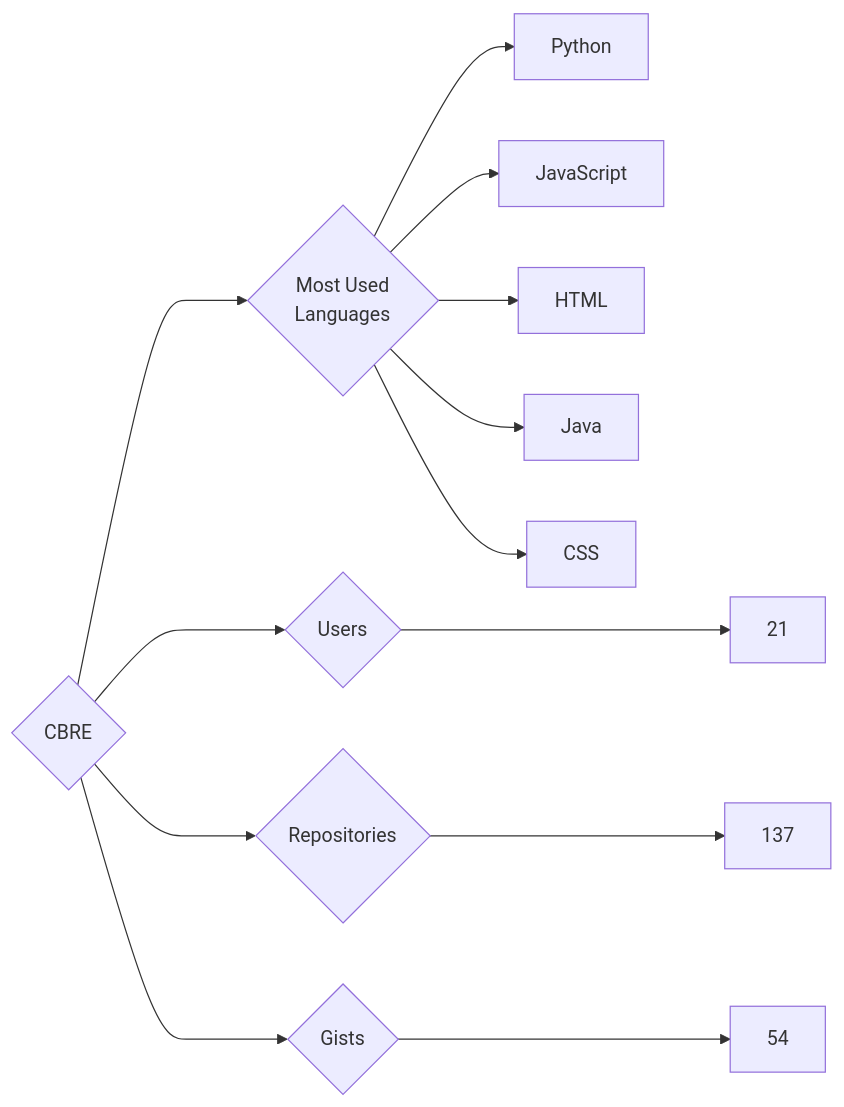
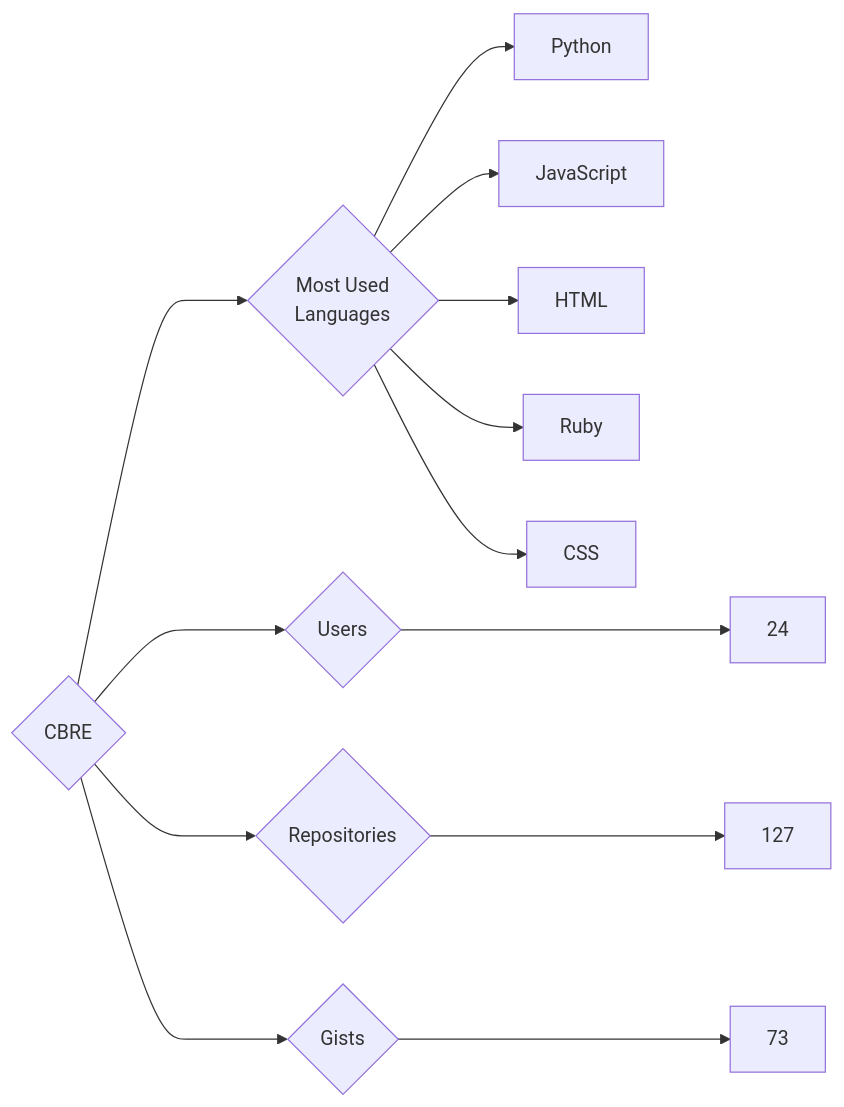
Before and after one commit to trickest/insiders: the diagram in targets/CBRE/README.md, drawn with Mermaid. The commit also changed 934 other files, not shown here.

````diff
--- a/targets/CBRE/README.md
+++ b/targets/CBRE/README.md
@@ -3,13 +3,13 @@
 ```mermaid
 graph LR
 COMPANY_NAME{CBRE}
-COMPANY_NAME ---> U{Users} ---> UN[21]
-COMPANY_NAME ---> R{Repositories} ---> RN[137]
-COMPANY_NAME ---> G{Gists} ---> GN[54]
+COMPANY_NAME ---> U{Users} ---> UN[24]
+COMPANY_NAME ---> R{Repositories} ---> RN[127]
+COMPANY_NAME ---> G{Gists} ---> GN[73]
 COMPANY_NAME ---> ML{Most Used<br>Languages}
 ML --> Python[Python]
 ML --> JavaScript[JavaScript]
 ML --> HTML[HTML]
-ML --> Java[Java]
+ML --> Ruby[Ruby]
 ML --> CSS[CSS]
 ```
````
